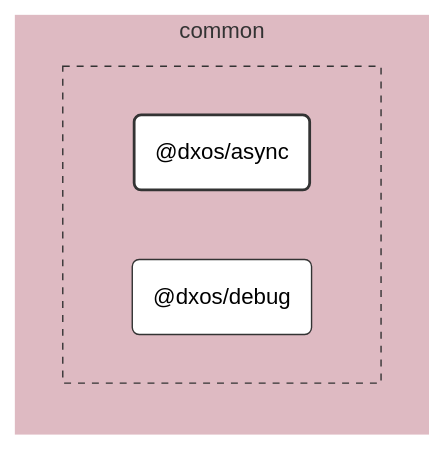
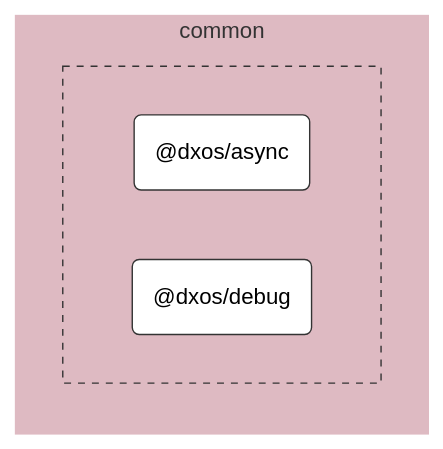
One commit to dxos/dxos changed the diagram in packages/common/async/docs/README.md. Above: the diagram before and after it, drawn with Mermaid (neutral theme). The commit also changed 104 other files, not shown here.

````diff
--- a/packages/common/async/docs/README.md
+++ b/packages/common/async/docs/README.md
@@ -7,33 +7,26 @@
 ```mermaid
 %%{ init: {'flowchart':{'curve':'basis'}} }%%
 
 flowchart LR
 
-%% Links
+%% Classes
+classDef def fill:#fff,stroke:#333,stroke-width:1px
+classDef root fill:#fff,stroke:#333,stroke-width:4px
 
-%% Sections
-subgraph common
-  style common fill:#debac2,stroke:#fff;
+%% Nodes
 
+subgraph common [common]
+  style common fill:#debac2,stroke:#fff
 
   subgraph common-excluded [ ]
-    style common-excluded fill:#debac2,stroke:#333,stroke-dasharray:5 5;
-
-    dxos/async("@dxos/async")
-    dxos/debug("@dxos/debug")
+    style common-excluded fill:#debac2,stroke:#333,stroke-dasharray:5 5
+    dxos/async("@dxos/async"):::def
+    click dxos/async "dxos/dxos/tree/main/packages/common/async/docs"
+    dxos/debug("@dxos/debug"):::def
+    click dxos/debug "dxos/dxos/tree/main/packages/common/debug/docs"
   end
 end
 
-
-%% Hyperlinks
-click dxos/debug "dxos/dxos/tree/main/packages/common/debug/docs";
-
-%% Styles
-classDef rootNode fill:#fff,stroke:#333,stroke-width:2px
-classDef defaultNode fill:#fff,stroke:#333,stroke-width:1px
+%% Links
 linkStyle default stroke:#333,stroke-width:1px
-
-dxos/async:::rootNode
-
-dxos/debug:::defaultNode
 ```
````
